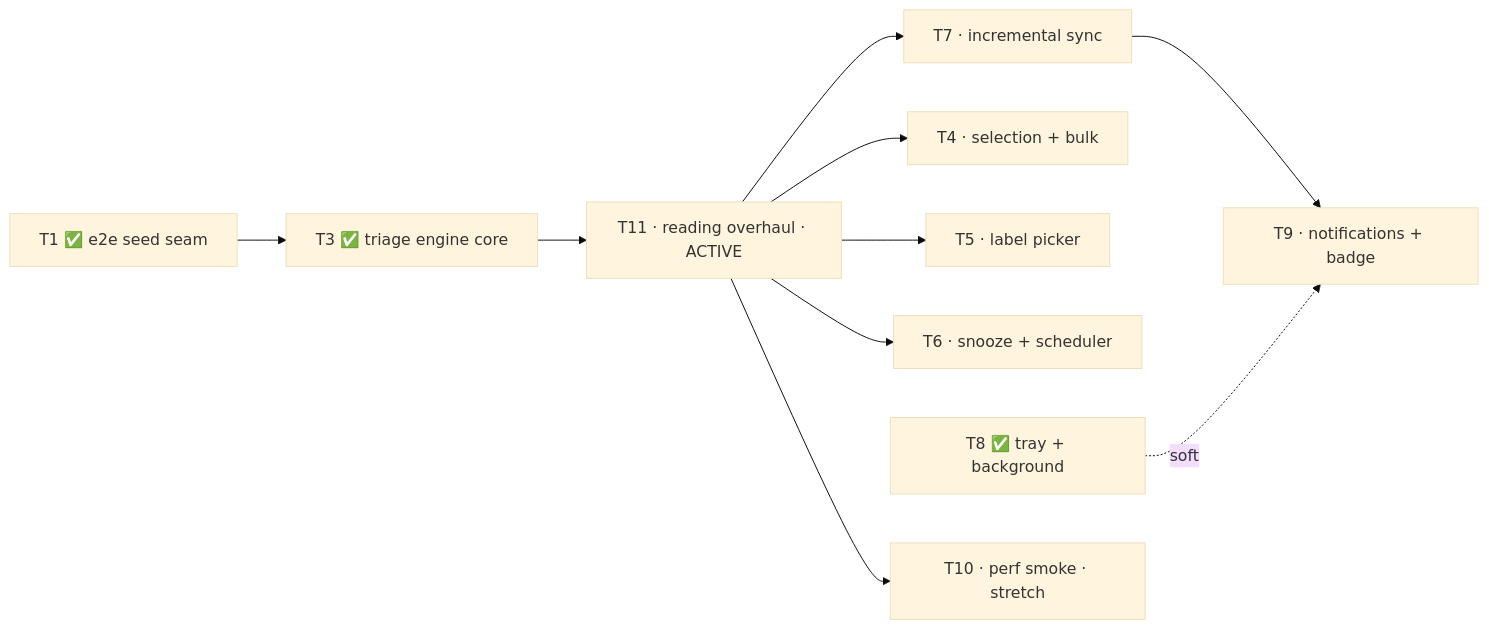
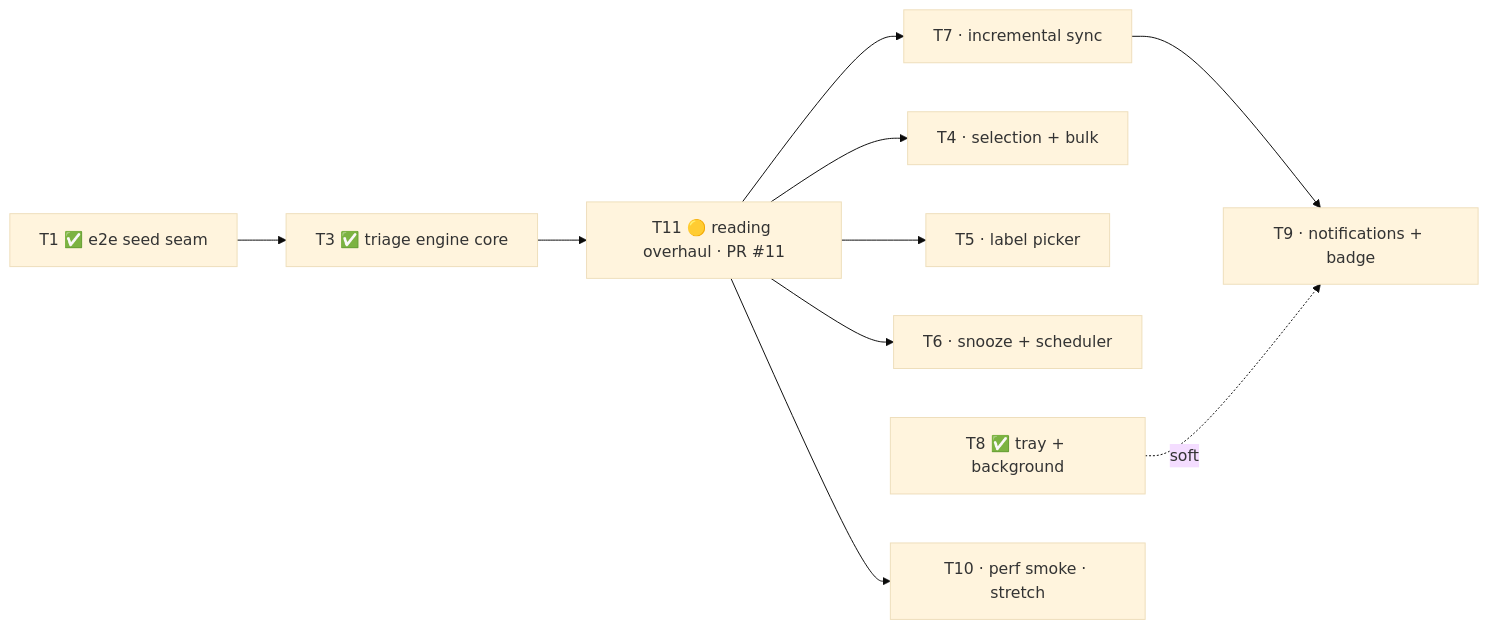
One commit to stephenw310/attn changed the diagram in docs/M1-PLAN.md. Above: the diagram before and after it, drawn with Mermaid (base theme). The commit also changed other lines of this file and 24 other files, not shown here.

First line of the commit message:
Implement T11 reading experience overhaul (#11)

````diff
--- a/docs/M1-PLAN.md
+++ b/docs/M1-PLAN.md
@@ -33,23 +33,23 @@
 ```mermaid
 graph LR
   T1[T1 ✅ e2e seed seam]
   T3[T3 ✅ triage engine core]
   T8[T8 ✅ tray + background]
-  T11[T11 · reading overhaul · ACTIVE]
+  T11[T11 🟡 reading overhaul · PR #11]
   T4[T4 · selection + bulk]
   T5[T5 · label picker]
   T6[T6 · snooze + scheduler]
   T7[T7 · incremental sync]
   T9[T9 · notifications + badge]
   T10[T10 · perf smoke · stretch]
 
   T1 --> T3
   T3 --> T11
   T11 --> T4
   T11 --> T5
   T11 --> T6
   T11 --> T7
   T11 --> T10
   T7 --> T9
   T8 -.soft.-> T9
 ```
````
